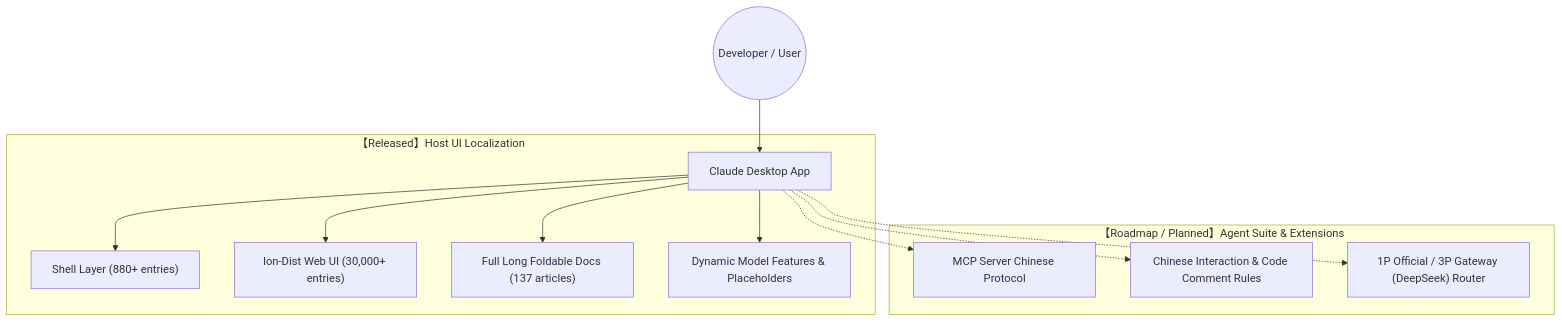
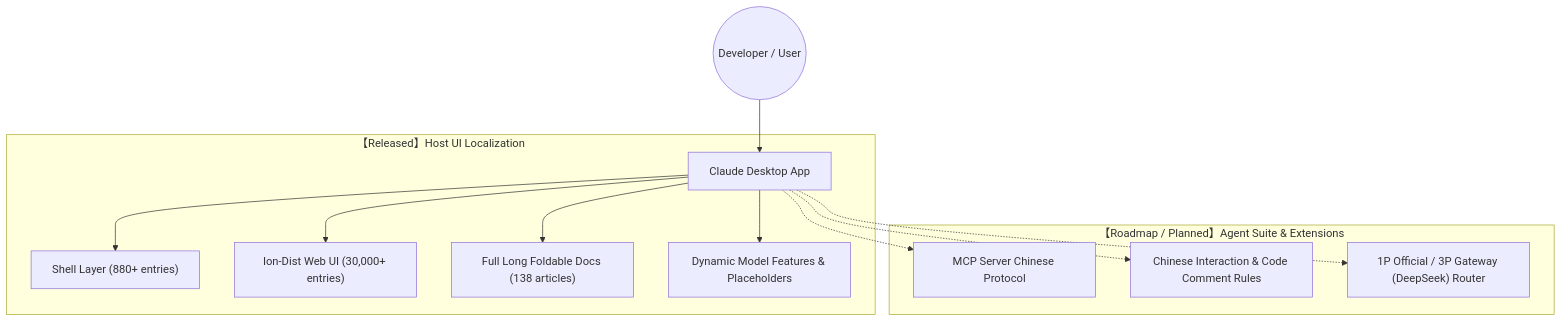
Before and after one commit to yiheng8023/claude-chinese: the first of 2 diagrams in README.en.md, drawn with Mermaid. The commit also changed other lines of this file and 7 other files, not shown here.

````diff
--- a/README.en.md
+++ b/README.en.md
@@ -41,17 +42,17 @@
 ```mermaid
 graph TD
     User((Developer / User)) --> ClaudeApp[Claude Desktop App]
     
     subgraph Mode1 ["【Released】Host UI Localization"]
         ClaudeApp --> ShellLayer["Shell Layer (880+ entries)"]
         ClaudeApp --> WebUILayer["Ion-Dist Web UI (30,000+ entries)"]
-        ClaudeApp --> LongDocsLayer["Full Long Foldable Docs (137 articles)"]
+        ClaudeApp --> LongDocsLayer["Full Long Foldable Docs (138 articles)"]
         ClaudeApp --> DynamicLayer["Dynamic Model Features & Placeholders"]
     end
     
     subgraph Mode2 ["【Roadmap / Planned】Agent Suite & Extensions"]
         ClaudeApp -.-> MCP["MCP Server Chinese Protocol"]
         ClaudeApp -.-> Rules["Chinese Interaction & Code Comment Rules"]
         ClaudeApp -.-> Switcher["1P Official / 3P Gateway (DeepSeek) Router"]
     end
 ```
````
